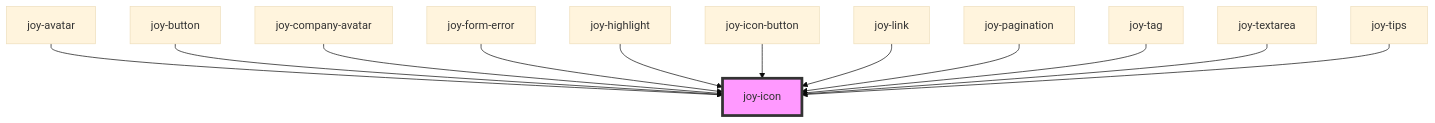
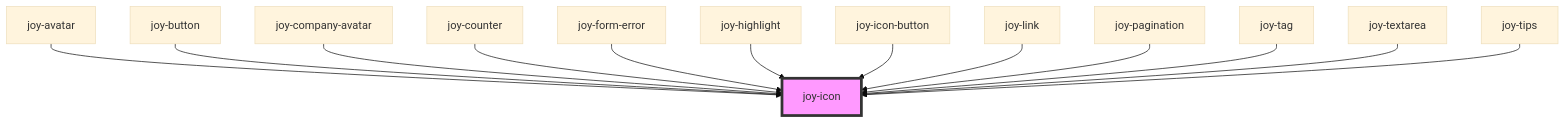
One commit to Maltcommunity/joy changed the diagram in core/src/components/icon/readme.md. Above: the diagram before and after it, drawn with Mermaid (base theme). The commit also changed other lines of this file and 7 other files, not shown here.

````diff
--- a/core/src/components/icon/readme.md
+++ b/core/src/components/icon/readme.md
@@ -64,15 +65,16 @@
 ```mermaid
 graph TD;
   joy-avatar --> joy-icon
   joy-button --> joy-icon
   joy-company-avatar --> joy-icon
+  joy-counter --> joy-icon
   joy-form-error --> joy-icon
   joy-highlight --> joy-icon
   joy-icon-button --> joy-icon
   joy-link --> joy-icon
   joy-pagination --> joy-icon
   joy-tag --> joy-icon
   joy-textarea --> joy-icon
   joy-tips --> joy-icon
   style joy-icon fill:#f9f,stroke:#333,stroke-width:4px
 ```
````
